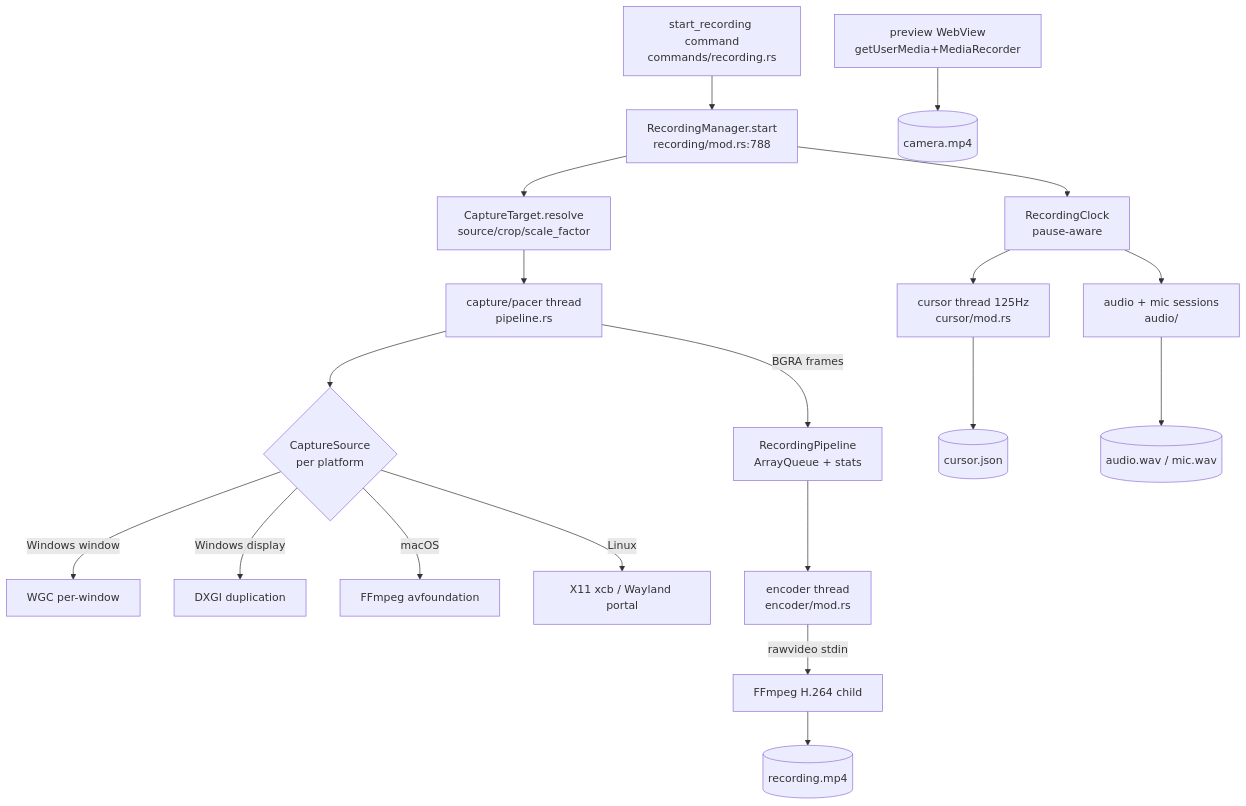
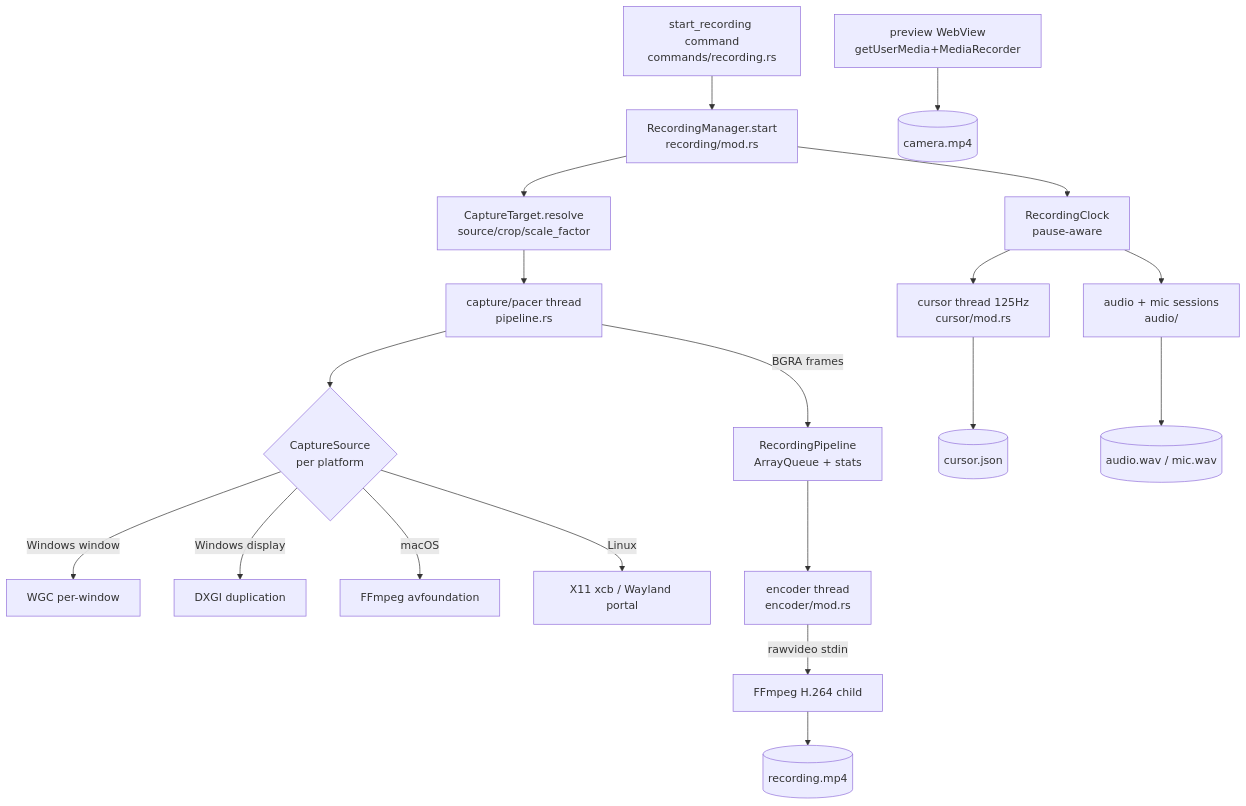
One commit to kanakkholwal/recast changed the first of 2 diagrams in apps/web/content/architecture/recording-pipeline.md. Above: the diagram before and after it, drawn with Mermaid. The commit also changed 10 other files, not shown here.

````diff
--- a/apps/web/content/architecture/recording-pipeline.md
+++ b/apps/web/content/architecture/recording-pipeline.md
@@ -68,24 +68,24 @@
 ```mermaid
 flowchart TD
-    CMD[start_recording command<br/>commands/recording.rs] --> RM[RecordingManager.start<br/>recording/mod.rs:788]
+    CMD[start_recording command<br/>commands/recording.rs] --> RM[RecordingManager.start<br/>recording/mod.rs]
     RM --> CT[CaptureTarget.resolve<br/>source/crop/scale_factor]
     RM --> CLOCK[RecordingClock<br/>pause-aware]
 
     CT --> CAP[capture/pacer thread<br/>pipeline.rs]
     CAP --> SRC{CaptureSource<br/>per platform}
     SRC -->|Windows window| WGC[WGC per-window]
     SRC -->|Windows display| DXGI[DXGI duplication]
     SRC -->|macOS| AVF[FFmpeg avfoundation]
     SRC -->|Linux| X11WL[X11 xcb / Wayland portal]
 
     CAP -->|BGRA frames| Q[RecordingPipeline<br/>ArrayQueue + stats]
     Q --> ENC[encoder thread<br/>encoder/mod.rs]
     ENC -->|rawvideo stdin| FF[FFmpeg H.264 child]
     FF --> MP4[(recording.mp4)]
 
     CLOCK --> CUR[cursor thread 125Hz<br/>cursor/mod.rs]
     CUR --> CJSON[(cursor.json)]
     CLOCK --> AUD[audio + mic sessions<br/>audio/]
     AUD --> WAV[(audio.wav / mic.wav)]
     PREVIEW[preview WebView<br/>getUserMedia+MediaRecorder] --> CAMFILE[(camera.mp4)]
 ```
````
